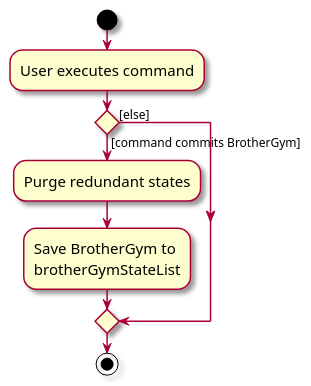
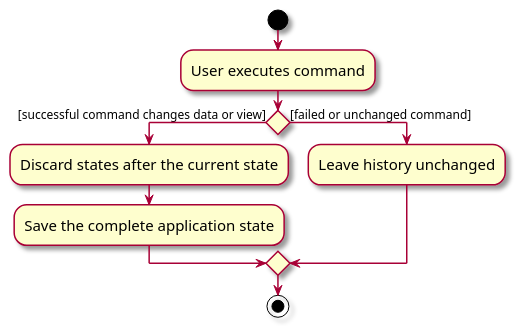
Before and after one commit to AY2627S1-CS2103T-T11-4/tp: the diagram in diagrams/CommitActivityDiagram.puml, drawn with PlantUML. The commit also changed 41 other files, not shown here.

```diff
--- a/diagrams/CommitActivityDiagram.puml
+++ b/diagrams/CommitActivityDiagram.puml
@@ -1,18 +1,18 @@
 @startuml
 skin rose
 skinparam ActivityFontSize 15
 skinparam ArrowFontSize 12
 start
 :User executes command;
 
 'Since the beta syntax does not support placing the condition outside the
 'diamond we place it as the true branch instead.
 
-if () then ([command commits BrotherGym])
-    :Purge redundant states;
-    :Save BrotherGym to
-    brotherGymStateList;
-else ([else])
+if () then ([successful command changes data or view])
+    :Discard states after the current state;
+    :Save the complete application state;
+else ([failed or unchanged command])
+    :Leave history unchanged;
 endif
 stop
 @enduml
```
